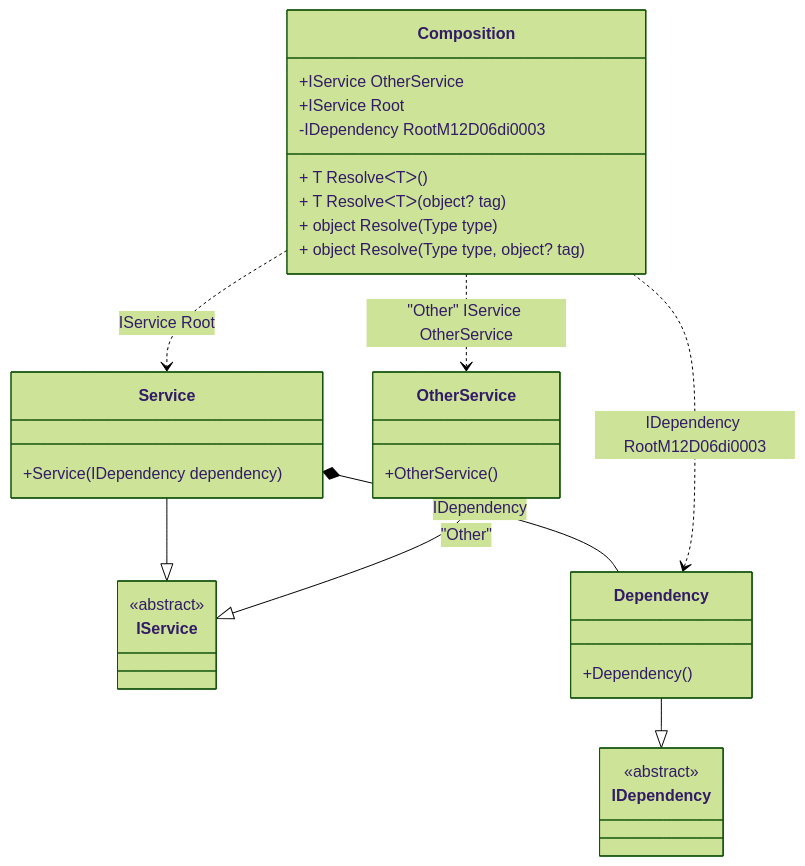
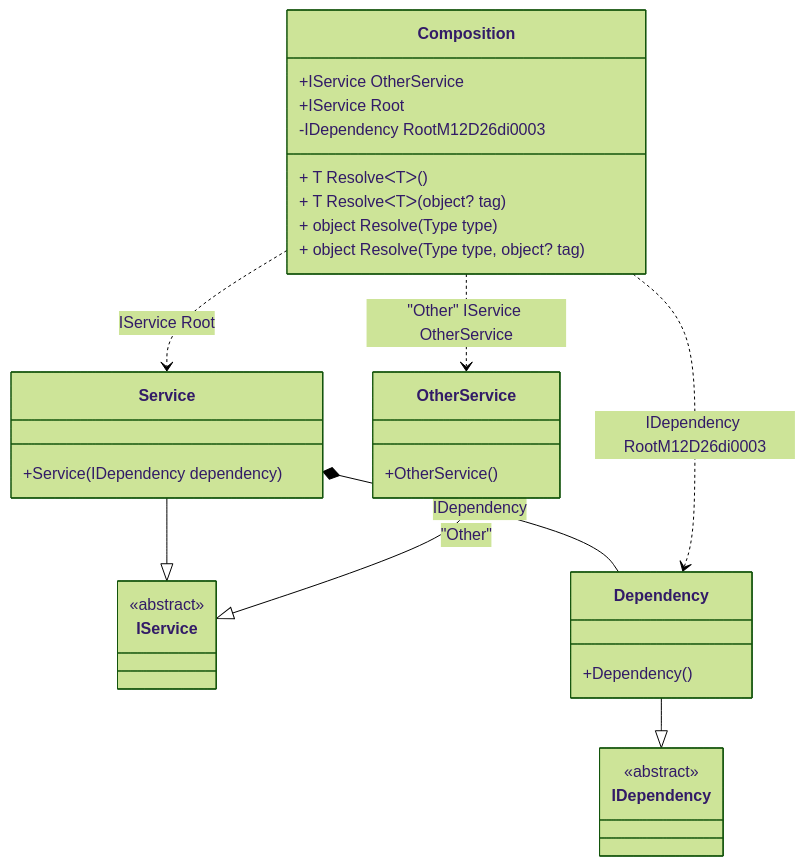
Before and after one commit to DevTeam/Pure.DI: the diagram in readme/composition-roots.md, drawn with Mermaid (forest theme). The commit also changed other lines of this file and 72 other files, not shown here.

````diff
--- a/readme/composition-roots.md
+++ b/readme/composition-roots.md
@@ -45,34 +45,34 @@
 ```mermaid
 classDiagram
   class Composition {
     +IService OtherService
     +IService Root
-    -IDependency RootM12D06di0003
+    -IDependency RootM12D26di0003
     + T ResolveᐸTᐳ()
     + T ResolveᐸTᐳ(object? tag)
     + object Resolve(Type type)
     + object Resolve(Type type, object? tag)
   }
   Service --|> IService : 
   class Service {
     +Service(IDependency dependency)
   }
   OtherService --|> IService : "Other" 
   class OtherService {
     +OtherService()
   }
   Dependency --|> IDependency : 
   class Dependency {
     +Dependency()
   }
   class IService {
     <<abstract>>
   }
   class IDependency {
     <<abstract>>
   }
   Service *--  Dependency : IDependency
   Composition ..> Service : IService Root
   Composition ..> OtherService : "Other" IService OtherService
-  Composition ..> Dependency : IDependency RootM12D06di0003
+  Composition ..> Dependency : IDependency RootM12D26di0003
 ```
````
